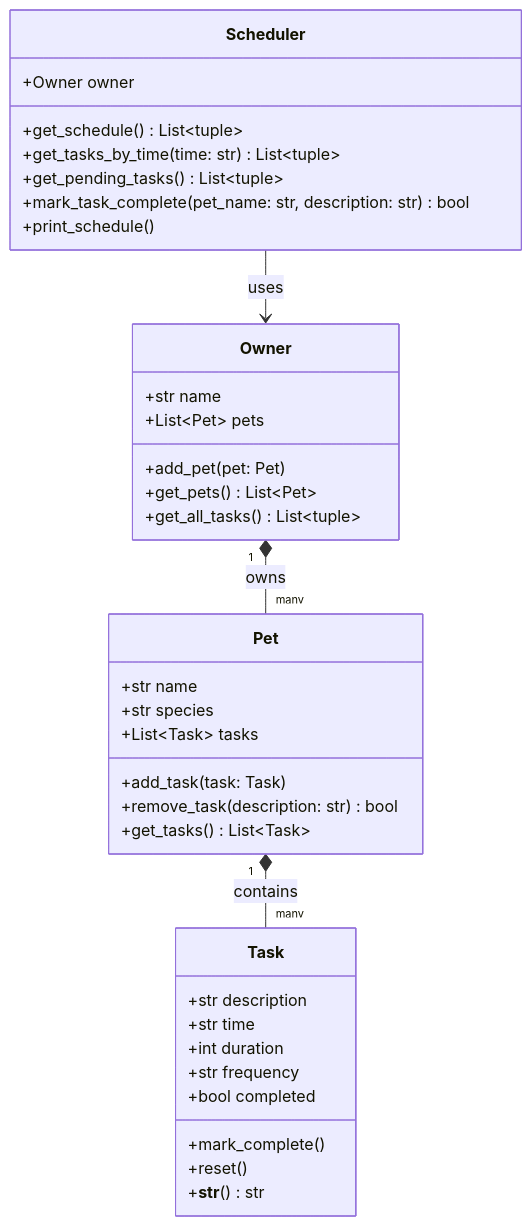
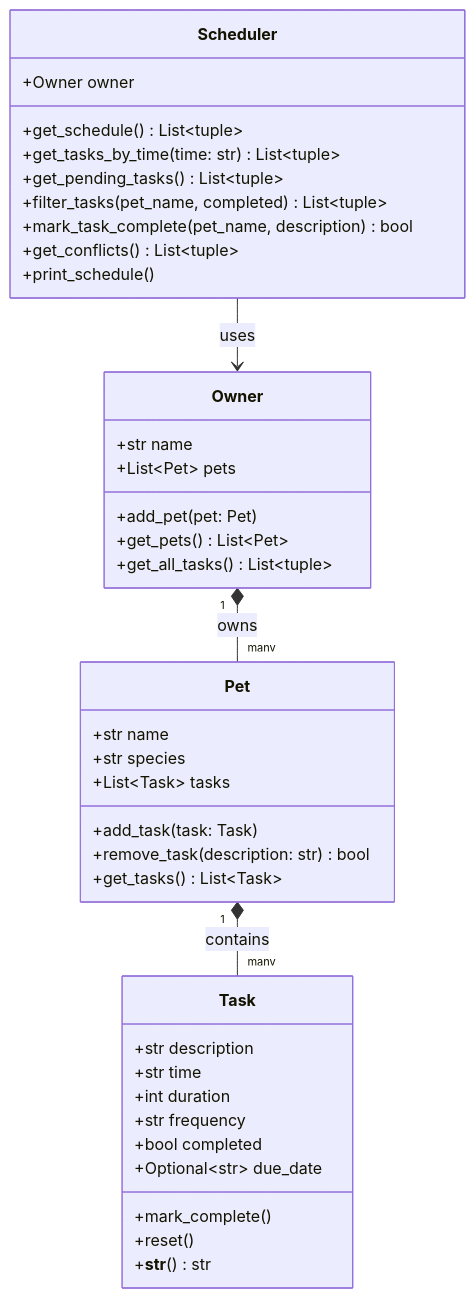
The diagram in reflection.md (mayaa5a/ai110-module2show-pawpal-starter), drawn with Mermaid before and after one commit. The commit also changed other lines of this file and 5 other files, not shown here.

````diff
--- a/reflection.md
+++ b/reflection.md
@@ -16,43 +16,46 @@
 ```mermaid
 classDiagram
     class Task {
         +str description
         +str time
         +int duration
         +str frequency
         +bool completed
+        +Optional~str~ due_date
         +mark_complete()
         +reset()
         +__str__() str
     }
 
     class Pet {
         +str name
         +str species
         +List~Task~ tasks
         +add_task(task: Task)
         +remove_task(description: str) bool
         +get_tasks() List~Task~
     }
 
     class Owner {
         +str name
         +List~Pet~ pets
         +add_pet(pet: Pet)
         +get_pets() List~Pet~
         +get_all_tasks() List~tuple~
     }
 
     class Scheduler {
         +Owner owner
         +get_schedule() List~tuple~
         +get_tasks_by_time(time: str) List~tuple~
         +get_pending_tasks() List~tuple~
-        +mark_task_complete(pet_name: str, description: str) bool
+        +filter_tasks(pet_name, completed) List~tuple~
+        +mark_task_complete(pet_name, description) bool
+        +get_conflicts() List~tuple~
         +print_schedule()
     }
 
     Pet "1" *-- "many" Task : contains
     Owner "1" *-- "many" Pet : owns
     Scheduler --> Owner : uses
 ```
````
